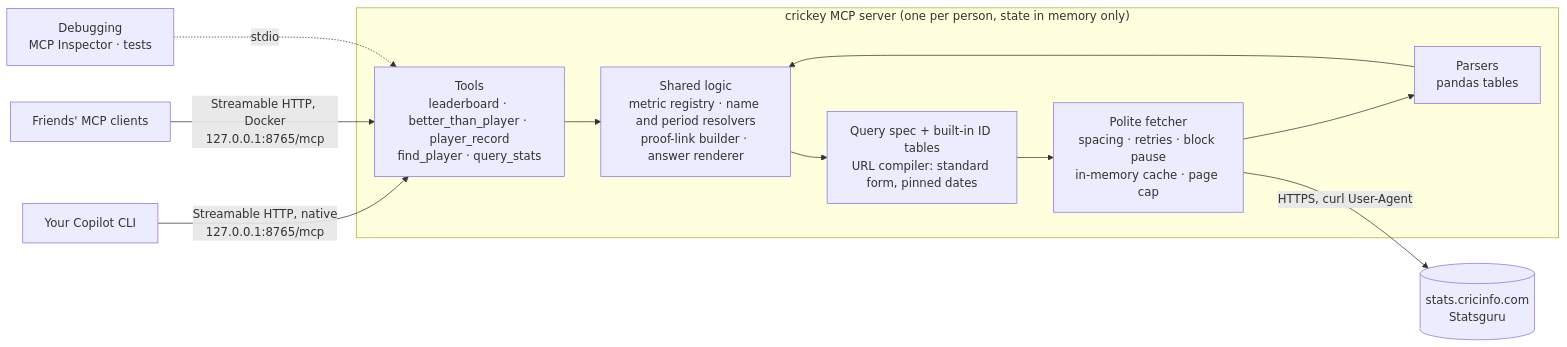
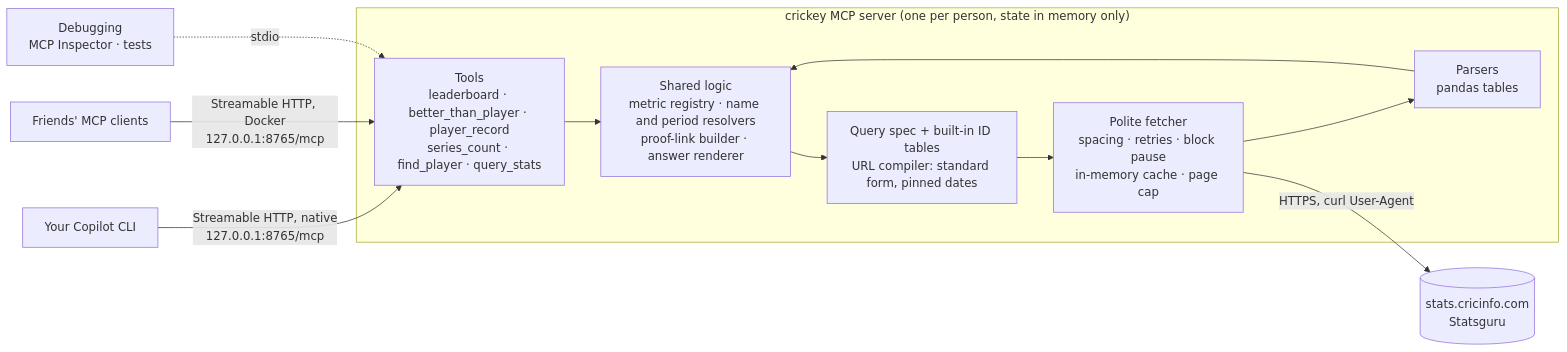
The diagram in docs/plan.md (syedhassaanahmed/crickey), drawn with Mermaid before and after one commit. The commit also changed other lines of this file and 15 other files, not shown here.

First line of the commit message:
Add series_count for series questions (#98)

````diff
--- a/docs/plan.md
+++ b/docs/plan.md
@@ -19,23 +19,23 @@
 ```mermaid
 flowchart LR
     you["Your Copilot CLI"]
     friends["Friends' MCP clients"]
     debug["Debugging<br/>MCP Inspector · tests"]
 
     subgraph server["crickey MCP server (one per person, state in memory only)"]
-        tools["Tools<br/>leaderboard · better_than_player · player_record<br/>find_player · query_stats"]
+        tools["Tools<br/>leaderboard · better_than_player · player_record<br/>series_count · find_player · query_stats"]
         logic["Shared logic<br/>metric registry · name and period resolvers<br/>proof-link builder · answer renderer"]
         query["Query spec + built-in ID tables<br/>URL compiler: standard form, pinned dates"]
         fetch["Polite fetcher<br/>spacing · retries · block pause<br/>in-memory cache · page cap"]
         parse["Parsers<br/>pandas tables"]
         tools --> logic --> query --> fetch
         fetch --> parse --> logic
     end
 
     statsguru[("stats.cricinfo.com<br/>Statsguru")]
 
     you -->|"Streamable HTTP, native<br/>127.0.0.1:8765/mcp"| tools
     friends -->|"Streamable HTTP, Docker<br/>127.0.0.1:8765/mcp"| tools
     debug -.->|"stdio"| tools
     fetch -->|"HTTPS, curl User-Agent"| statsguru
 ```
````
